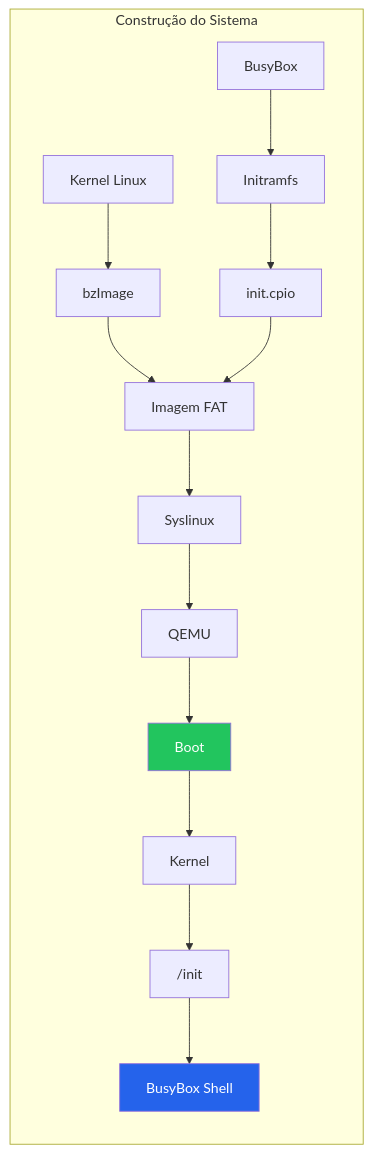
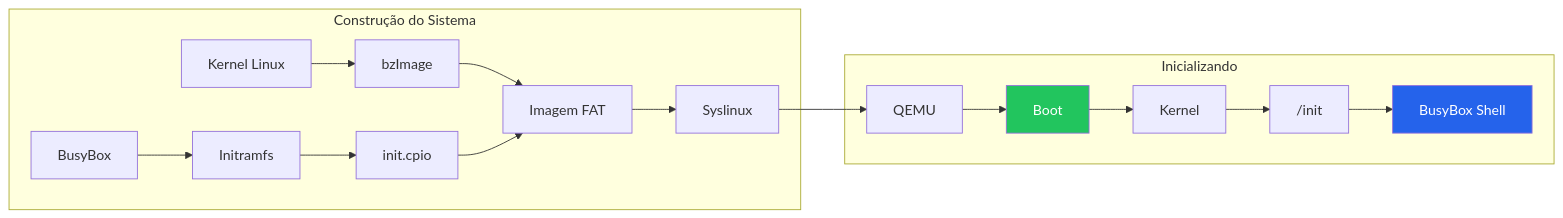
The diagram in base-inicial.md (FelpzzzEX/LecOS), drawn with Mermaid before and after one commit.

Commit message:
docs: fixing mermaid

````diff
--- a/base-inicial.md
+++ b/base-inicial.md
@@ -20,23 +20,23 @@
 ```mermaid
 flowchart LR
     subgraph Build["Construção do Sistema"]
       A["Kernel Linux"] --> B["bzImage"]
       C["BusyBox"] --> D["Initramfs"]
       D --> E["init.cpio"]
       B --> F["Imagem FAT"]
       E --> F
       F --> G["Syslinux"]
     end
 
-    subgraph Build["Inicializando"]
+    subgraph Boot["Inicializando"]
       H["QEMU"] --> I["Boot"]
       I --> J["Kernel"]
       J --> K["/init"]
       K --> L["BusyBox Shell"]
     end
 
     G --> H
     
     style I fill:#22c55e,color:#fff
     style L fill:#2563eb,color:#fff
 ```
````
